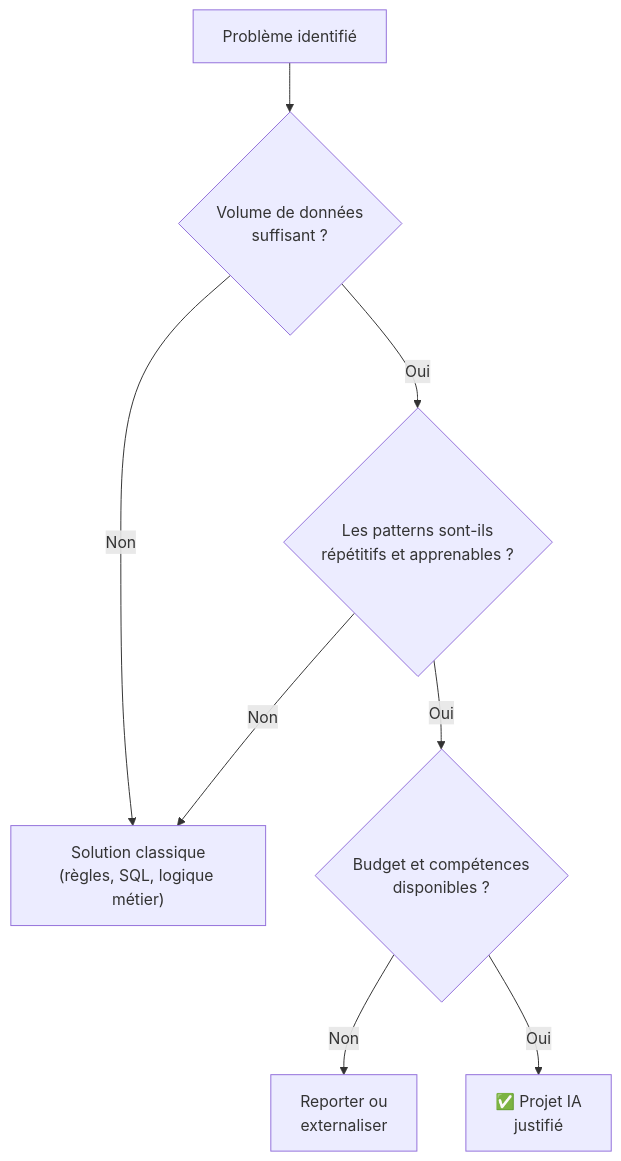
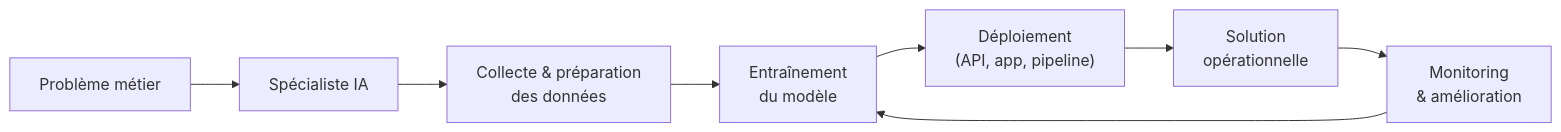
The first of 7 diagrams in 02-Cycle-de-vie-projet-IA.md (MaxterJim/processus-et-ecosystemes-ia), drawn with Mermaid before and after one commit. The commit also changed other lines of this file, not shown here.

````diff
--- a/02-Cycle-de-vie-projet-IA.md
+++ b/02-Cycle-de-vie-projet-IA.md
@@ -156,10 +64,10 @@
 ```mermaid
-flowchart TD
-    A["Problème identifié"] --> B{Volume de données\nsuffisant ?}
-    B -- Non --> C["Solution classique\n(règles, SQL, logique métier)"]
-    B -- Oui --> D{Les patterns sont-ils\nrépétitifs et apprenables ?}
-    D -- Non --> C
-    D -- Oui --> E{Budget et compétences\ndisponibles ?}
-    E -- Non --> F["Reporter ou\nexternaliser"]
-    E -- Oui --> G["✅ Projet IA\njustifié"]
+flowchart LR
+    A["Problème métier"] --> B["Spécialiste IA"]
+    B --> C["Collecte & préparation\ndes données"]
+    C --> D["Entraînement\ndu modèle"]
+    D --> E["Déploiement\n(API, app, pipeline)"]
+    E --> F["Solution\nopérationnelle"]
+    F --> G["Monitoring\n& amélioration"]
+    G --> D
 ```
````
